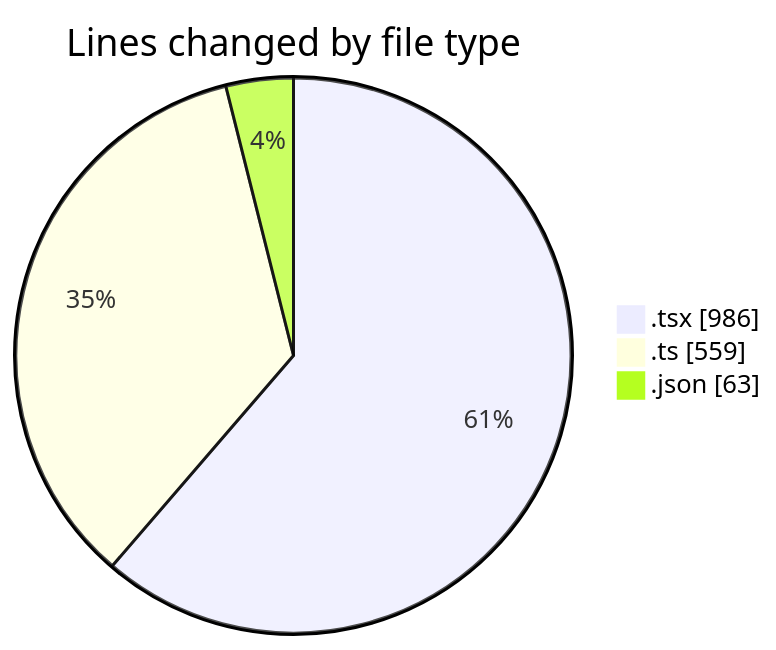
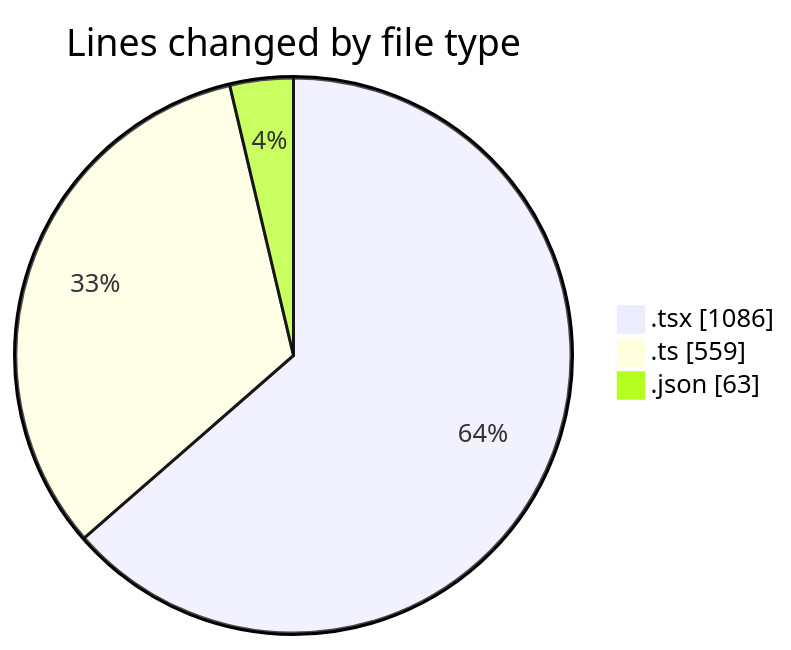
One commit to julien-gomy/code-tracking changed the first of 2 diagrams in 2025-10-21/eventscop-frontend-guide__workspace_/README.md. Above: the diagram before and after it, drawn with Mermaid. The commit also changed other lines of this file and 1 other file, not shown here.

````diff
--- a/2025-10-21/eventscop-frontend-guide__workspace_/README.md
+++ b/2025-10-21/eventscop-frontend-guide__workspace_/README.md
@@ -38,7 +39,7 @@
 ```mermaid
 pie showData
 title Lines changed by file type
-".tsx" : 986
+".tsx" : 1086
 ".ts" : 559
 ".json" : 63
 ```
````
